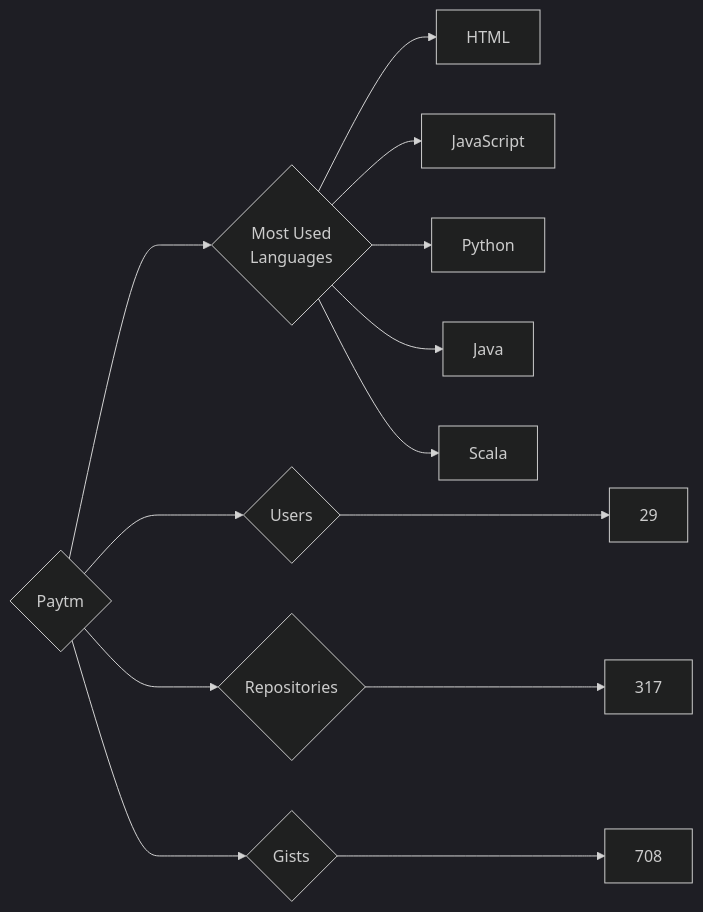
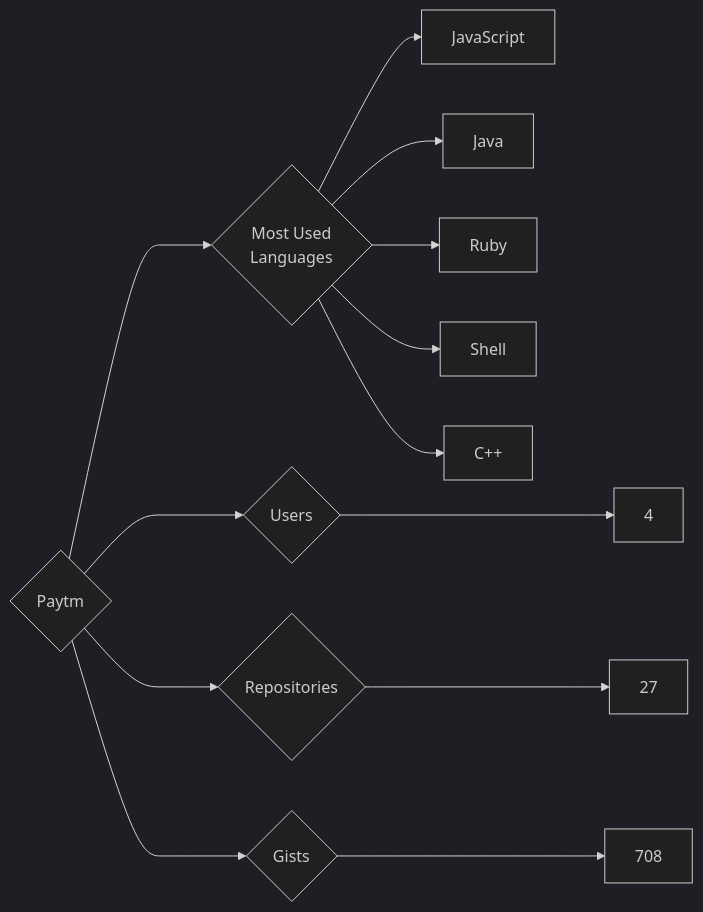
The diagram in targets/Paytm/README.md (trickest/insiders), drawn with Mermaid (dark theme) before and after one commit. The commit also changed 770 other files, not shown here.

````diff
--- a/targets/Paytm/README.md
+++ b/targets/Paytm/README.md
@@ -3,13 +3,13 @@
 ```mermaid
 graph LR
 COMPANY_NAME{Paytm}
-COMPANY_NAME ---> U{Users} ---> UN[29]
-COMPANY_NAME ---> R{Repositories} ---> RN[317]
+COMPANY_NAME ---> U{Users} ---> UN[4]
+COMPANY_NAME ---> R{Repositories} ---> RN[27]
 COMPANY_NAME ---> G{Gists} ---> GN[708]
 COMPANY_NAME ---> ML{Most Used<br>Languages}
-ML --> HTML[HTML]
 ML --> JavaScript[JavaScript]
-ML --> Python[Python]
 ML --> Java[Java]
-ML --> Scala[Scala]
+ML --> Ruby[Ruby]
+ML --> Shell[Shell]
+ML --> C++[C++]
 ```
````
